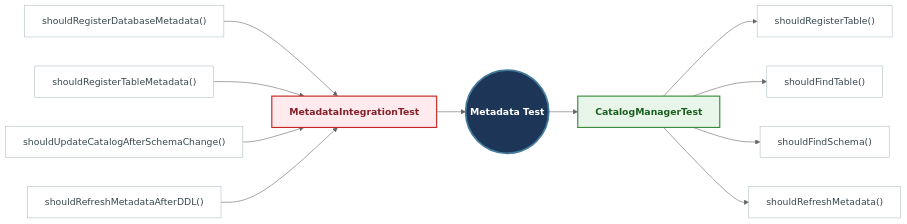
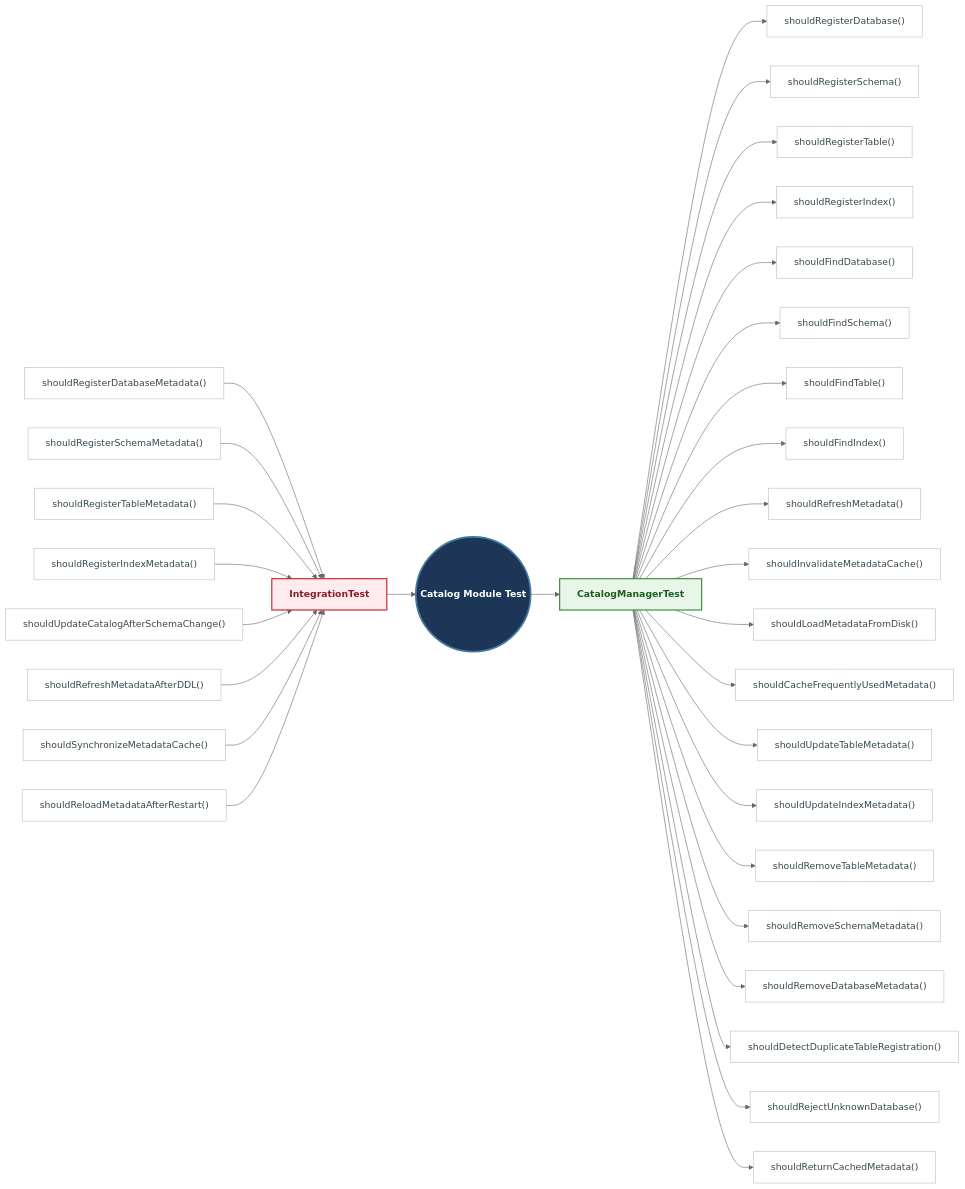
One commit to Huy1801214/dbms-architecture changed diagram 14 of 20 in docs/README.md. Above: the diagram before and after it, drawn with Mermaid (neutral theme). The commit also changed other lines of this file and 10 other files, not shown here.

Commit message:
add comprehensive sequence diagrams and documentation for system architecture and unit testing specifications

````diff
--- a/docs/README.md
+++ b/docs/README.md
@@ -1598,55 +1942,87 @@
     %% =====================================================
     %% Root
     %% =====================================================
-
-    ROOT((Metadata Test)):::rootStyle
+    ROOT((Catalog Module Test)):::rootStyle
 
     %% =====================================================
     %% Integration Tests
     %% =====================================================
-
-    METAINT["MetadataIntegrationTest"]:::branchTx
+    INT_TEST["IntegrationTest"]:::branchTx
 
     it1["shouldRegisterDatabaseMetadata()"]:::leafStyle
-    it2["shouldRegisterTableMetadata()"]:::leafStyle
-    it3["shouldUpdateCatalogAfterSchemaChange()"]:::leafStyle
-    it4["shouldRefreshMetadataAfterDDL()"]:::leafStyle
-
-    it1 --> METAINT
-    it2 --> METAINT
-    it3 --> METAINT
-    it4 --> METAINT
-
-    METAINT --> ROOT
+    it1 --> INT_TEST
+    it2["shouldRegisterSchemaMetadata()"]:::leafStyle
+    it2 --> INT_TEST
+    it3["shouldRegisterTableMetadata()"]:::leafStyle
+    it3 --> INT_TEST
+    it4["shouldRegisterIndexMetadata()"]:::leafStyle
+    it4 --> INT_TEST
+    it5["shouldUpdateCatalogAfterSchemaChange()"]:::leafStyle
+    it5 --> INT_TEST
+    it6["shouldRefreshMetadataAfterDDL()"]:::leafStyle
+    it6 --> INT_TEST
+    it7["shouldSynchronizeMetadataCache()"]:::leafStyle
+    it7 --> INT_TEST
+    it8["shouldReloadMetadataAfterRestart()"]:::leafStyle
+    it8 --> INT_TEST
+    INT_TEST --> ROOT
 
     %% =====================================================
     %% Unit Tests
     %% =====================================================
+    CATALOGMANAGERTEST["CatalogManagerTest"]:::branchCatalog
+    ROOT --> CATALOGMANAGERTEST
 
-    CATALOG["CatalogManagerTest"]:::branchCatalog
-
-    ROOT --> CATALOG
-
-    %% =====================================================
-    %% CatalogManagerTest
-    %% =====================================================
-
-    cm1["shouldRegisterTable()"]:::leafStyle
-    cm2["shouldFindTable()"]:::leafStyle
-    cm3["shouldFindSchema()"]:::leafStyle
-    cm4["shouldRefreshMetadata()"]:::leafStyle
-
-    CATALOG --> cm1
-    CATALOG --> cm2
-    CATALOG --> cm3
-    CATALOG --> cm4
+    %% CatalogManagerTest methods
+    catalogmanagertest_1["shouldRegisterDatabase()"]:::leafStyle
+    CATALOGMANAGERTEST --> catalogmanagertest_1
+    catalogmanagertest_2["shouldRegisterSchema()"]:::leafStyle
+    CATALOGMANAGERTEST --> catalogmanagertest_2
+    catalogmanagertest_3["shouldRegisterTable()"]:::leafStyle
+    CATALOGMANAGERTEST --> catalogmanagertest_3
+    catalogmanagertest_4["shouldRegisterIndex()"]:::leafStyle
+    CATALOGMANAGERTEST --> catalogmanagertest_4
+    catalogmanagertest_5["shouldFindDatabase()"]:::leafStyle
+    CATALOGMANAGERTEST --> catalogmanagertest_5
+    catalogmanagertest_6["shouldFindSchema()"]:::leafStyle
+    CATALOGMANAGERTEST --> catalogmanagertest_6
+    catalogmanagertest_7["shouldFindTable()"]:::leafStyle
+    CATALOGMANAGERTEST --> catalogmanagertest_7
+    catalogmanagertest_8["shouldFindIndex()"]:::leafStyle
+    CATALOGMANAGERTEST --> catalogmanagertest_8
+    catalogmanagertest_9["shouldRefreshMetadata()"]:::leafStyle
+    CATALOGMANAGERTEST --> catalogmanagertest_9
+    catalogmanagertest_10["shouldInvalidateMetadataCache()"]:::leafStyle
+    CATALOGMANAGERTEST --> catalogmanagertest_10
+    catalogmanagertest_11["shouldLoadMetadataFromDisk()"]:::leafStyle
+    CATALOGMANAGERTEST --> catalogmanagertest_11
+    catalogmanagertest_12["shouldCacheFrequentlyUsedMetadata()"]:::leafStyle
+    CATALOGMANAGERTEST --> catalogmanagertest_12
+    catalogmanagertest_13["shouldUpdateTableMetadata()"]:::leafStyle
+    CATALOGMANAGERTEST --> catalogmanagertest_13
+    catalogmanagertest_14["shouldUpdateIndexMetadata()"]:::leafStyle
+    CATALOGMANAGERTEST --> catalogmanagertest_14
+    catalogmanagertest_15["shouldRemoveTableMetadata()"]:::leafStyle
+    CATALOGMANAGERTEST --> catalogmanagertest_15
+    catalogmanagertest_16["shouldRemoveSchemaMetadata()"]:::leafStyle
+    CATALOGMANAGERTEST --> catalogmanagertest_16
+    catalogmanagertest_17["shouldRemoveDatabaseMetadata()"]:::leafStyle
+    CATALOGMANAGERTEST --> catalogmanagertest_17
+    catalogmanagertest_18["shouldDetectDuplicateTableRegistration()"]:::leafStyle
+    CATALOGMANAGERTEST --> catalogmanagertest_18
+    catalogmanagertest_19["shouldRejectUnknownDatabase()"]:::leafStyle
+    CATALOGMANAGERTEST --> catalogmanagertest_19
+    catalogmanagertest_20["shouldReturnCachedMetadata()"]:::leafStyle
+    CATALOGMANAGERTEST --> catalogmanagertest_20
 
     %% =====================================================
     %% Styling
     %% =====================================================
-
     classDef rootStyle fill:#1d3557,stroke:#457b9d,stroke-width:3px,color:#fff,font-weight:bold,font-size:16px;
+    classDef branchAdmin fill:#e1f5fe,stroke:#0288d1,stroke-width:2px,color:#01579b,font-weight:bold;
     classDef branchCatalog fill:#e8f5e9,stroke:#388e3c,stroke-width:2px,color:#1b5e20,font-weight:bold;
+    classDef branchStorage fill:#e0f2f1,stroke:#00695c,stroke-width:2px,color:#004d40,font-weight:bold;
+    classDef branchQuery fill:#fff3e0,stroke:#f57c00,stroke-width:2px,color:#e65100,font-weight:bold;
     classDef branchTx fill:#ffebee,stroke:#c62828,stroke-width:2px,color:#842029,font-weight:bold;
     classDef leafStyle fill:#ffffff,stroke:#b0bec5,stroke-width:1px,color:#37474f;
 ```
````
